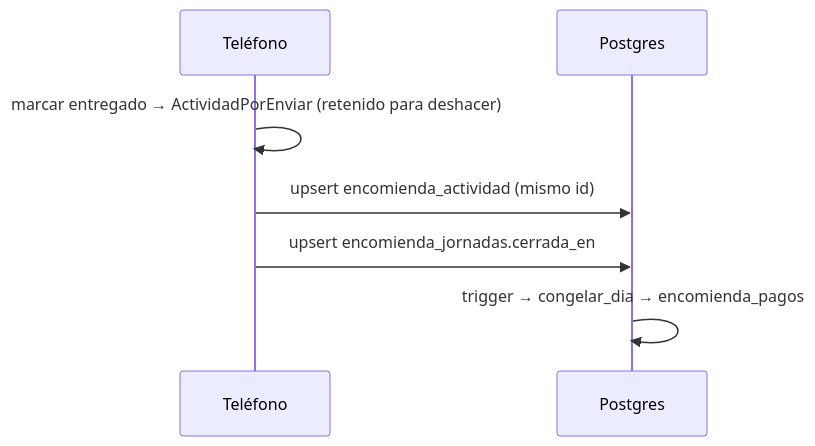
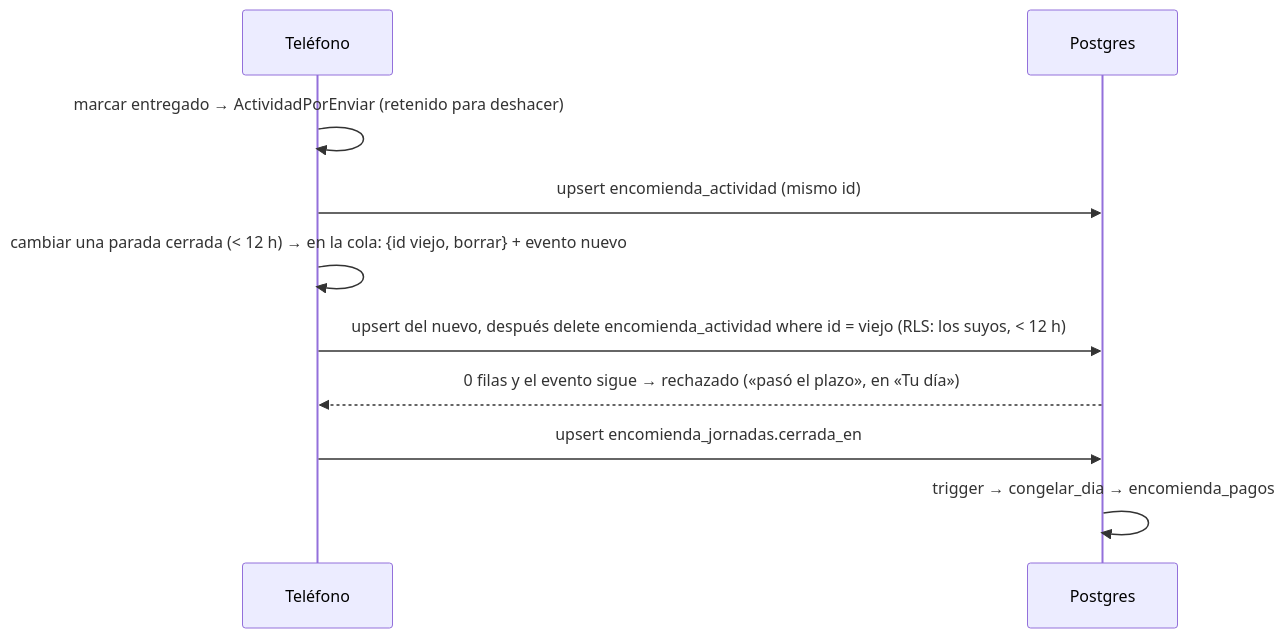
The third of 4 diagrams in docs/ARQUITECTURA.md (etianypr/ProyectoAres), drawn with Mermaid before and after one commit. The commit also changed other lines of this file and 142 other files, not shown here.

````diff
--- a/docs/ARQUITECTURA.md
+++ b/docs/ARQUITECTURA.md
@@ -177,9 +191,12 @@
 ```mermaid
 sequenceDiagram
   participant T as Teléfono
   participant PG as Postgres
   T->>T: marcar entregado → ActividadPorEnviar (retenido para deshacer)
   T->>PG: upsert encomienda_actividad (mismo id)
+  T->>T: cambiar una parada cerrada (< 12 h) → en la cola: {id viejo, borrar} + evento nuevo
+  T->>PG: upsert del nuevo, después delete encomienda_actividad where id = viejo (RLS: los suyos, < 12 h)
+  PG-->>T: 0 filas y el evento sigue → rechazado («pasó el plazo», en «Tu día»)
   T->>PG: upsert encomienda_jornadas.cerrada_en
   PG->>PG: trigger → congelar_dia → encomienda_pagos
 ```
````
